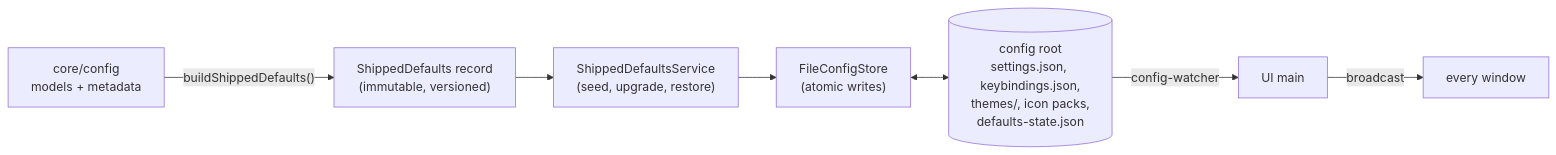
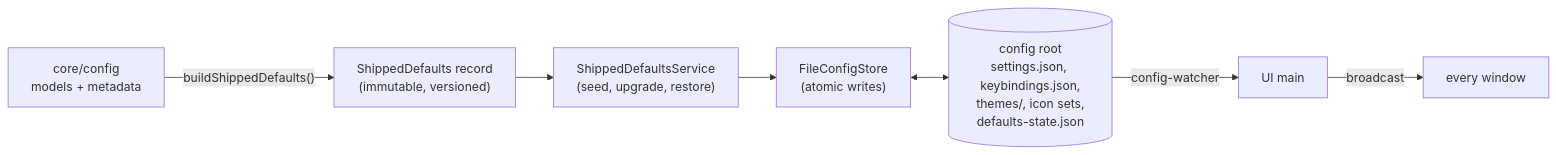
One commit to Bidthedog/throng changed the eighth of 8 diagrams in docs/architecture.md. Above: the diagram before and after it, drawn with Mermaid. The commit also changed other lines of this file and 6 other files, not shown here.

First line of the commit message:
docs(069): Document icon sets and the theme colours they bring

````diff
--- a/docs/architecture.md
+++ b/docs/architecture.md
@@ -815,8 +815,8 @@
 ```mermaid
 flowchart LR
   CORE["core/config<br/>models + metadata"] -->|"buildShippedDefaults()"| SD["ShippedDefaults record<br/>(immutable, versioned)"]
   SD --> SDS["ShippedDefaultsService<br/>(seed, upgrade, restore)"]
   SDS --> FCS["FileConfigStore<br/>(atomic writes)"]
-  FCS <--> ROOT[("config root<br/>settings.json, keybindings.json,<br/>themes/, icon packs,<br/>defaults-state.json")]
+  FCS <--> ROOT[("config root<br/>settings.json, keybindings.json,<br/>themes/, icon sets,<br/>defaults-state.json")]
   ROOT -->|"config-watcher"| M["UI main"] -->|"broadcast"| WIN["every window"]
 ```
````
